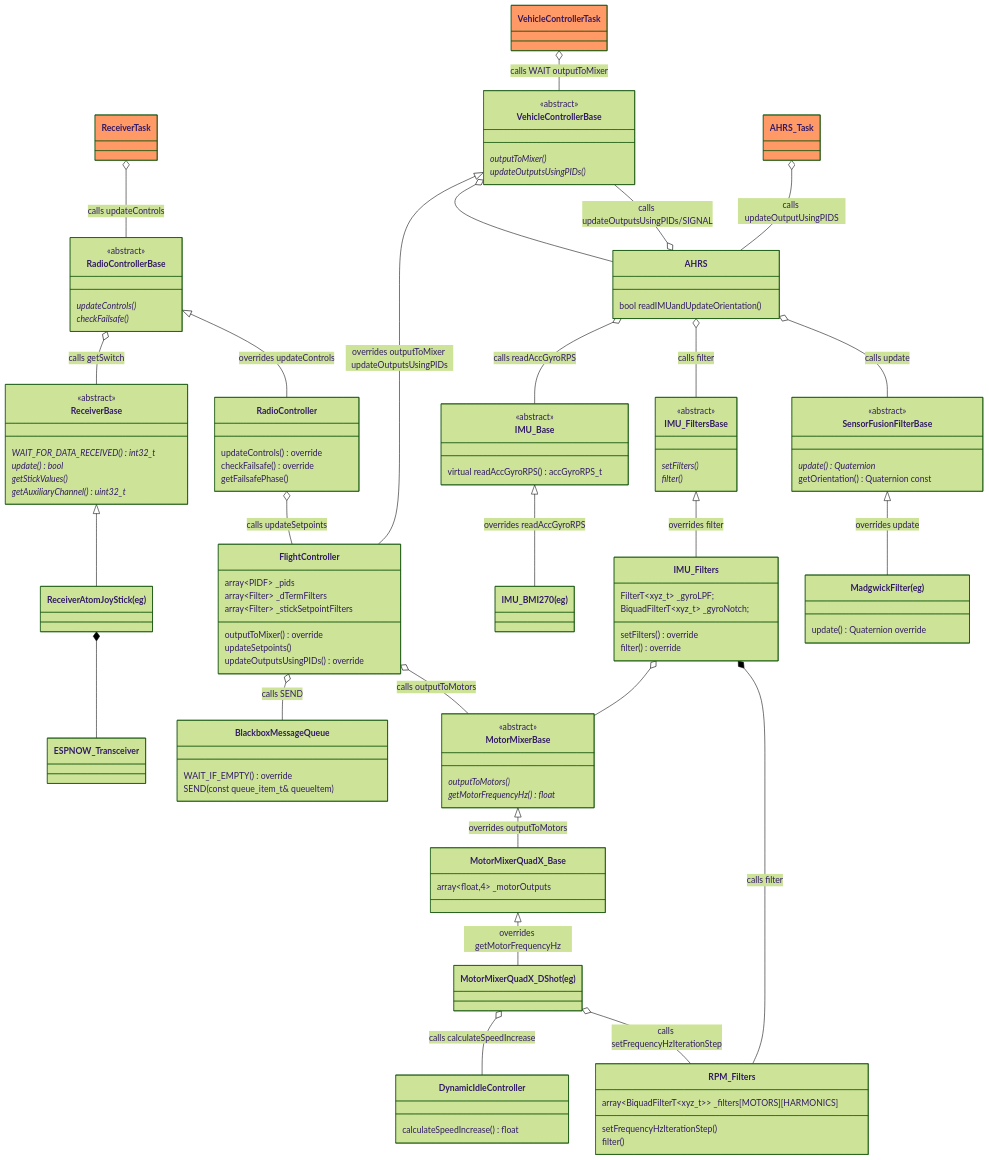
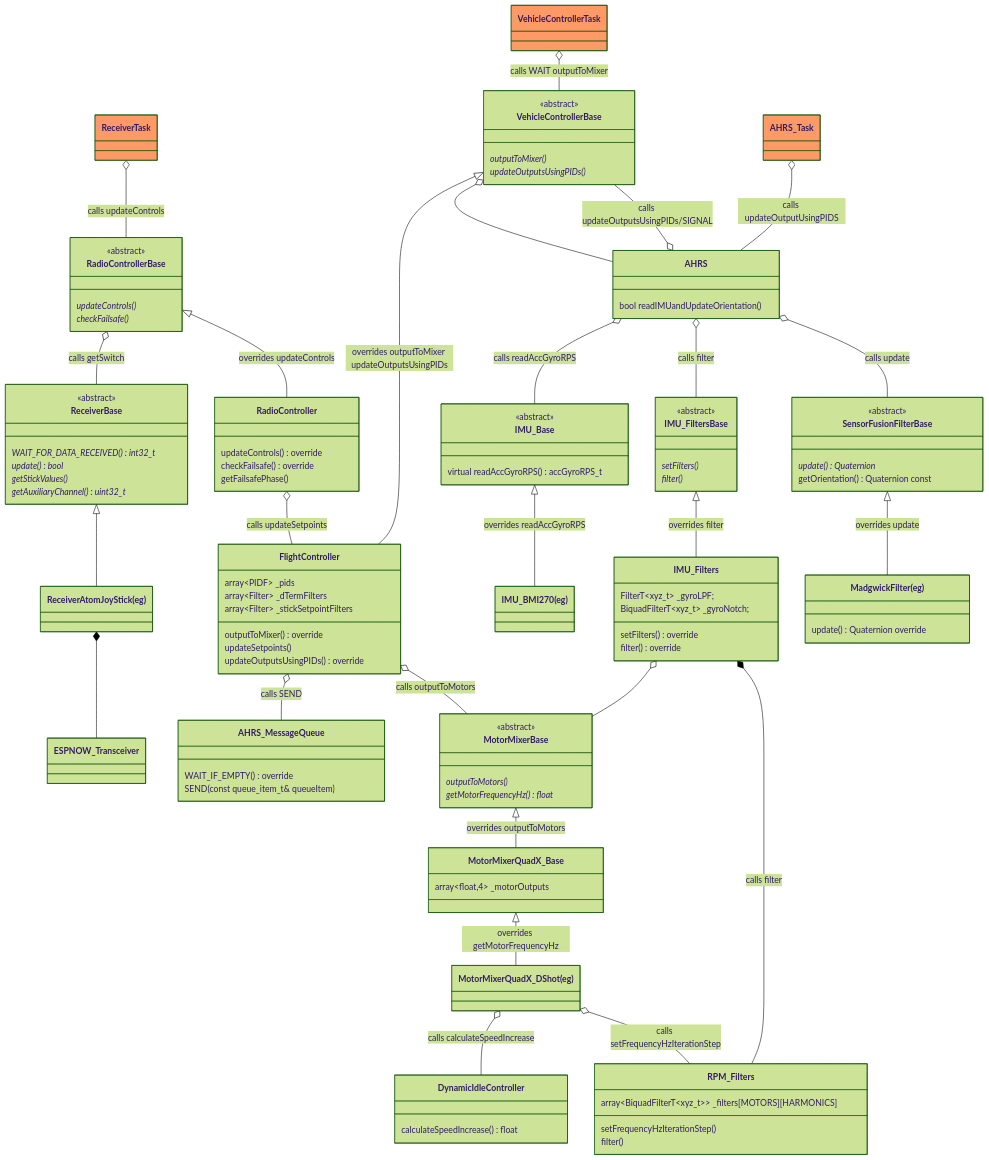
Before and after one commit to martinbudden/Protoflight: the first of 5 diagrams in README.md, drawn with Mermaid (forest theme). The commit also changed other lines of this file and 29 other files, not shown here.

Commit message:
Change to use AHRS_MessageQueue rather than BlackboxMessageQueue.

```diff
--- a/README.md
+++ b/README.md
@@ -286,11 +286,11 @@
     link VehicleControllerTask "https://github.com/martinbudden/Library-StabilizedVehicle/blob/main/src/VehicleControllerTask.h"
     VehicleControllerTask o-- VehicleControllerBase : calls WAIT outputToMixer
 
-    class BlackboxMessageQueue {
+    class AHRS_MessageQueue {
         WAIT_IF_EMPTY() override
         SEND(const queue_item_t& queueItem)
     }
-    link BlackboxMessageQueue "https://github.com/martinbudden/protoflight/blob/main/lib/Blackbox/src/BlackboxMessageQueue.h"
+    link AHRS_MessageQueue "https://github.com/martinbudden/protoflight/blob/main/lib/Blackbox/src/AHRS_MessageQueue.h"
 
     class FlightController {
         array~PIDF~ _pids
@@ -302,7 +302,7 @@
     }
     link FlightController "https://github.com/martinbudden/protoflight/blob/main/lib/FlightController/src/FlightController.h"
     RadioController o-- FlightController : calls updateSetpoints
-    FlightController o-- BlackboxMessageQueue : calls SEND
+    FlightController o-- AHRS_MessageQueue : calls SEND
     FlightController o-- MotorMixerBase : calls outputToMotors
 
     class AHRS {
```
